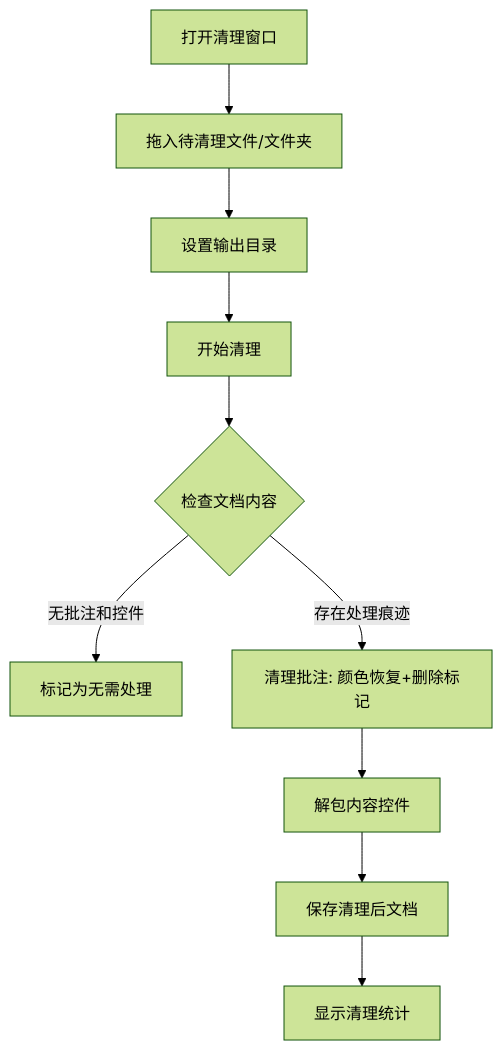
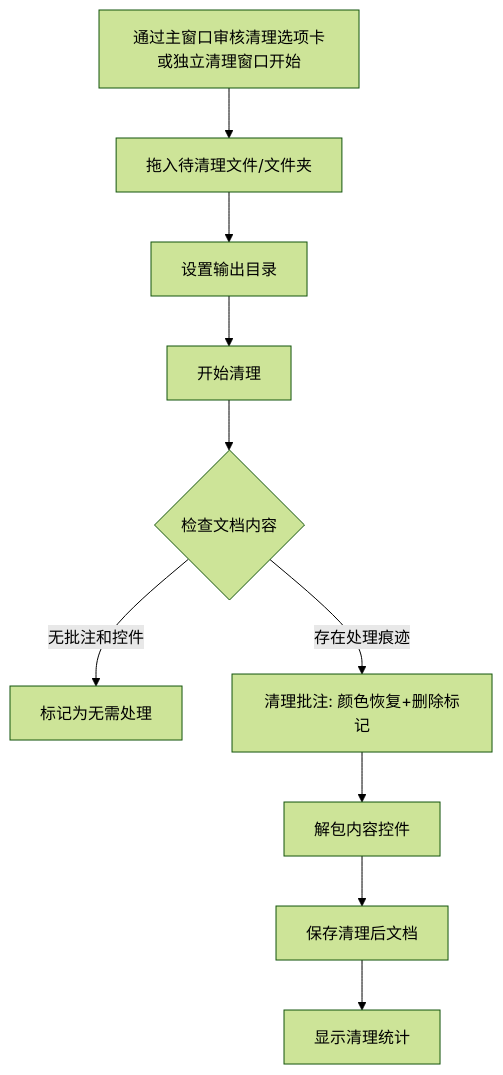
Before and after one commit to allanpk716/docx_replacer: the third of 3 diagrams in docs/DocuFiller产品需求文档.md, drawn with Mermaid (forest theme). The commit also changed other lines of this file and 92 other files, not shown here.

````diff
--- a/docs/DocuFiller产品需求文档.md
+++ b/docs/DocuFiller产品需求文档.md
@@ -319,12 +322,12 @@
 ```mermaid
 graph TD
-    A[打开清理窗口] --> B[拖入待清理文件/文件夹]
+    A[通过主窗口审核清理选项卡或独立清理窗口开始] --> B[拖入待清理文件/文件夹]
     B --> C[设置输出目录]
     C --> D[开始清理]
     D --> E{检查文档内容}
     E -->|无批注和控件| F[标记为无需处理]
     E -->|存在处理痕迹| G[清理批注: 颜色恢复+删除标记]
     G --> H[解包内容控件]
     H --> I[保存清理后文档]
     I --> J[显示清理统计]
 ```
````
